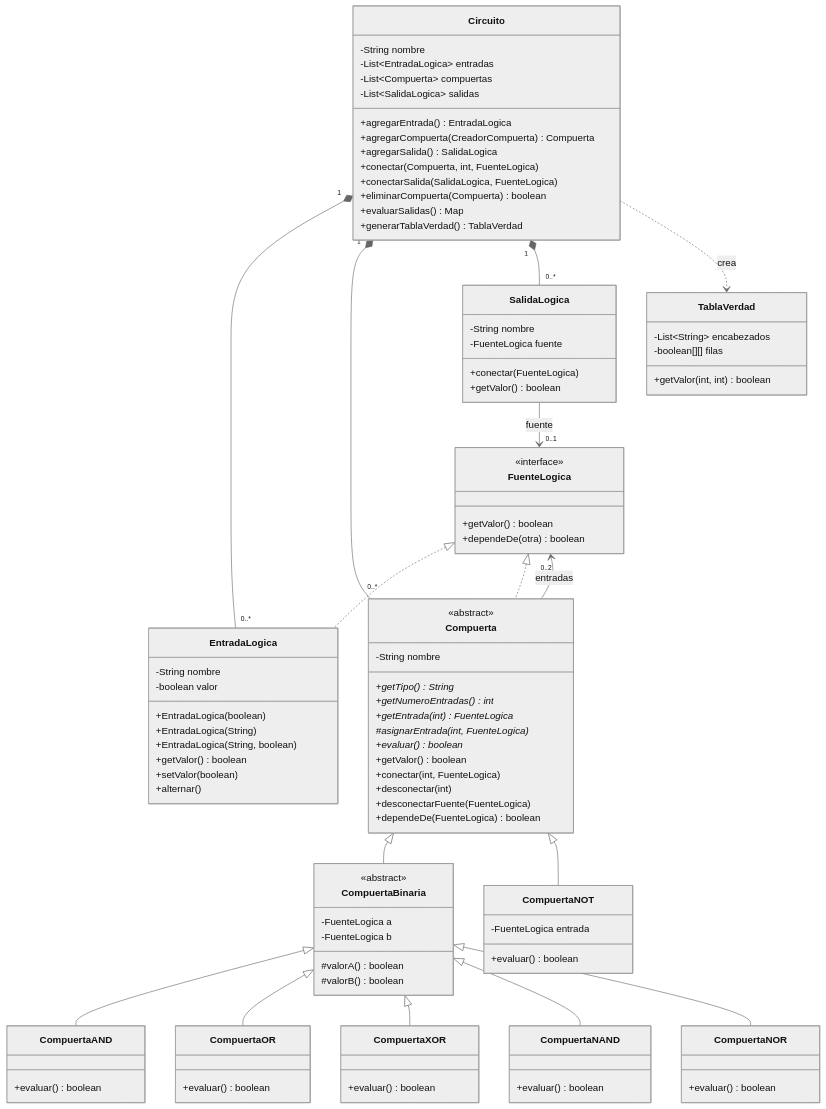
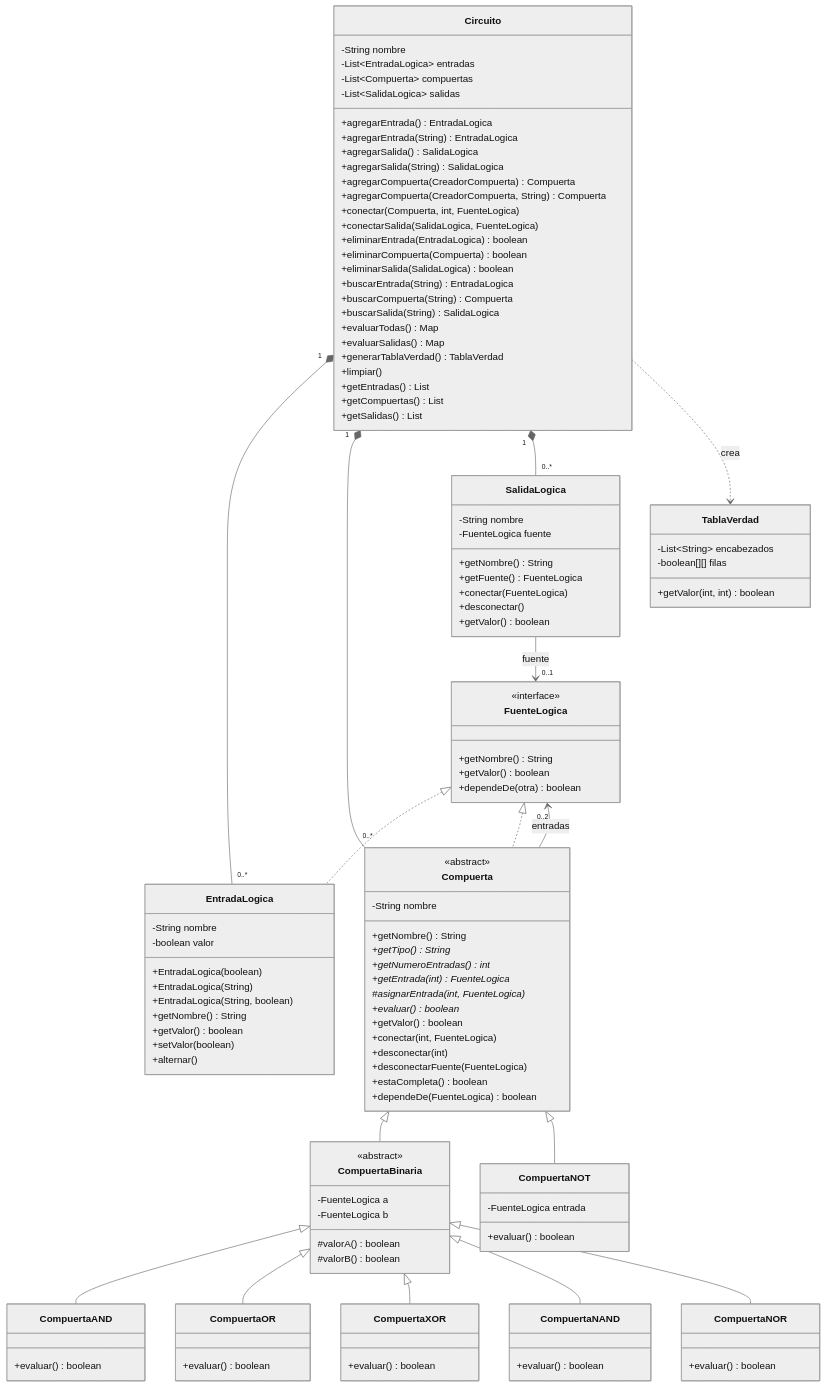
The first of 5 diagrams in SimuladorCompuertasLogicas/docs/DiagramaClases.md (juanpa-prog/SimuladorCompuertasLogicas), drawn with Mermaid (neutral theme) before and after one commit. The commit also changed other lines of this file and 7 other files, not shown here.

Commit message:
docs: UML, casos de uso, formato de archivo, decisiones de diseno y pruebas

```diff
--- a/SimuladorCompuertasLogicas/docs/DiagramaClases.md
+++ b/SimuladorCompuertasLogicas/docs/DiagramaClases.md
@@ -11,6 +16,7 @@
 
     class FuenteLogica {
         <<interface>>
+        +getNombre() String
         +getValor() boolean
         +dependeDe(otra) boolean
     }
@@ -20,6 +26,7 @@
         +EntradaLogica(boolean)
         +EntradaLogica(String)
         +EntradaLogica(String, boolean)
+        +getNombre() String
         +getValor() boolean
         +setValor(boolean)
         +alternar()
@@ -27,6 +34,7 @@
     class Compuerta {
         <<abstract>>
         -String nombre
+        +getNombre() String
         +getTipo()* String
         +getNumeroEntradas()* int
         +getEntrada(int)* FuenteLogica
@@ -36,6 +44,7 @@
         +conectar(int, FuenteLogica)
         +desconectar(int)
         +desconectarFuente(FuenteLogica)
+        +estaCompleta() boolean
         +dependeDe(FuenteLogica) boolean
     }
     class CompuertaBinaria {
@@ -67,7 +76,10 @@
     class SalidaLogica {
         -String nombre
         -FuenteLogica fuente
+        +getNombre() String
+        +getFuente() FuenteLogica
         +conectar(FuenteLogica)
+        +desconectar()
         +getValor() boolean
     }
     class Circuito {
@@ -76,13 +88,26 @@
         -List~Compuerta~ compuertas
         -List~SalidaLogica~ salidas
         +agregarEntrada() EntradaLogica
+        +agregarEntrada(String) EntradaLogica
+        +agregarSalida() SalidaLogica
+        +agregarSalida(String) SalidaLogica
         +agregarCompuerta(CreadorCompuerta) Compuerta
-        +agregarSalida() SalidaLogica
+        +agregarCompuerta(CreadorCompuerta, String) Compuerta
         +conectar(Compuerta, int, FuenteLogica)
         +conectarSalida(SalidaLogica, FuenteLogica)
+        +eliminarEntrada(EntradaLogica) boolean
         +eliminarCompuerta(Compuerta) boolean
+        +eliminarSalida(SalidaLogica) boolean
+        +buscarEntrada(String) EntradaLogica
+        +buscarCompuerta(String) Compuerta
+        +buscarSalida(String) SalidaLogica
+        +evaluarTodas() Map
         +evaluarSalidas() Map
         +generarTablaVerdad() TablaVerdad
+        +limpiar()
+        +getEntradas() List
+        +getCompuertas() List
+        +getSalidas() List
     }
     class TablaVerdad {
         -List~String~ encabezados
```
